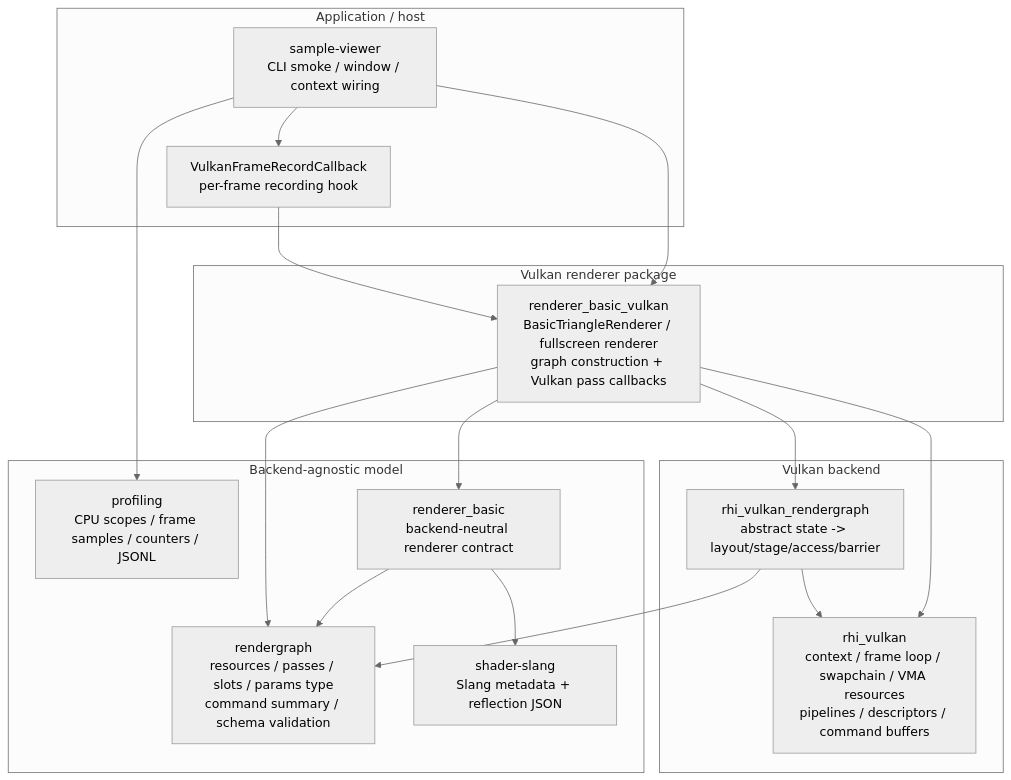
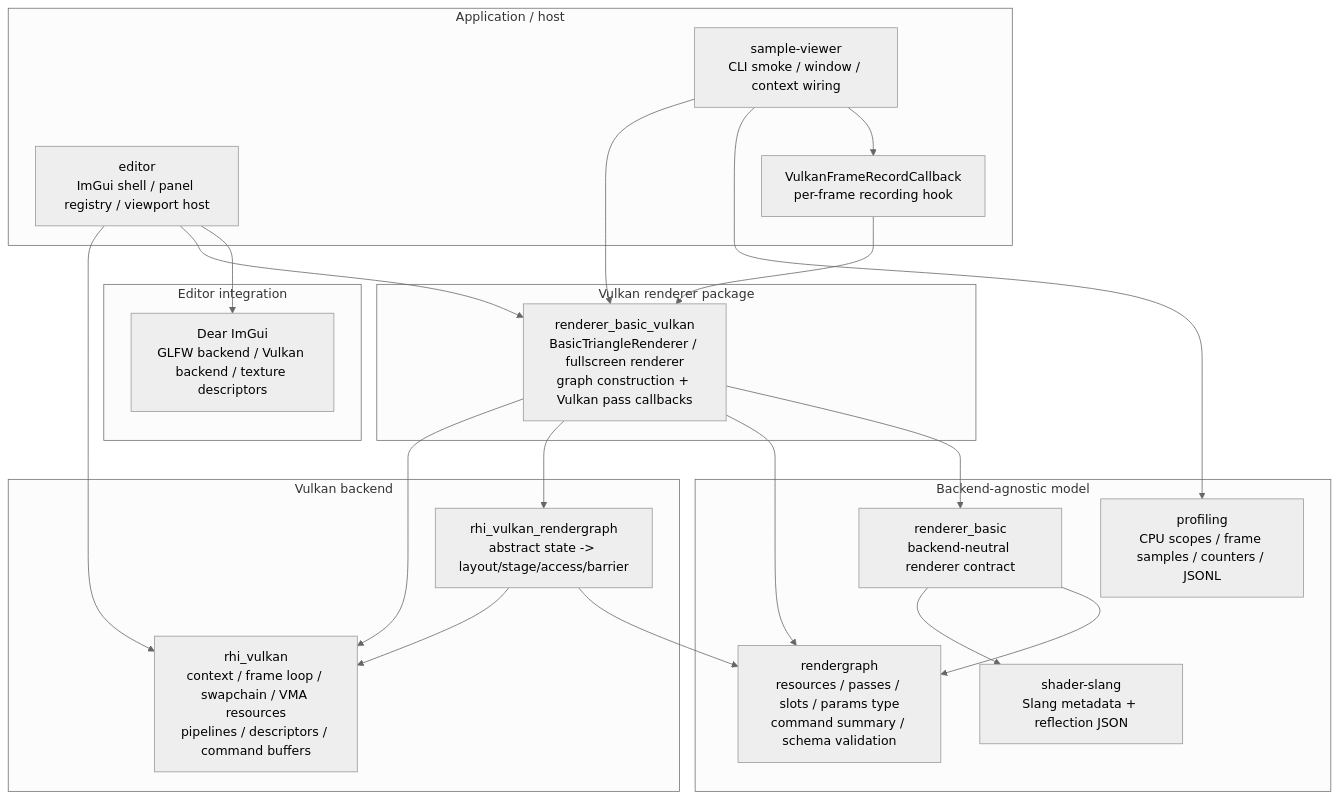
The second of 15 diagrams in docs/architecture/flow.md (66six11/Engine), drawn with Mermaid (neutral theme) before and after one commit. The commit also changed other lines of this file and 16 other files, not shown here.

````diff
--- a/docs/architecture/flow.md
+++ b/docs/architecture/flow.md
@@ -67,36 +79,44 @@
 ```mermaid
 flowchart TB
     subgraph AppLayer["Application / host"]
         SampleViewer["sample-viewer<br/>CLI smoke / window / context wiring"]
+        EditorHost["editor<br/>ImGui shell / panel registry / viewport host"]
         FrameCallback["VulkanFrameRecordCallback<br/>per-frame recording hook"]
     end
 
     subgraph AbstractLayer["Backend-agnostic model"]
         RenderGraph["rendergraph<br/>resources / passes / slots / params type<br/>command summary / schema validation"]
         Profiling["profiling<br/>CPU scopes / frame samples / counters / JSONL"]
         RendererBasic["renderer_basic<br/>backend-neutral renderer contract"]
         ShaderSlang["shader-slang<br/>Slang metadata + reflection JSON"]
     end
 
     subgraph VulkanRendererLayer["Vulkan renderer package"]
         RendererBasicVk["renderer_basic_vulkan<br/>BasicTriangleRenderer / fullscreen renderer<br/>graph construction + Vulkan pass callbacks"]
     end
 
     subgraph VulkanBackendLayer["Vulkan backend"]
         RhiVkRG["rhi_vulkan_rendergraph<br/>abstract state -> layout/stage/access/barrier"]
         RhiVk["rhi_vulkan<br/>context / frame loop / swapchain / VMA resources<br/>pipelines / descriptors / command buffers"]
     end
 
+    subgraph GuiLayer["Editor integration"]
+        ImGuiRuntime["Dear ImGui<br/>GLFW backend / Vulkan backend / texture descriptors"]
+    end
+
     SampleViewer --> FrameCallback
     SampleViewer --> Profiling
     SampleViewer --> RendererBasicVk
+    EditorHost --> ImGuiRuntime
+    EditorHost --> RendererBasicVk
+    EditorHost --> RhiVk
     RendererBasic --> RenderGraph
     RendererBasic --> ShaderSlang
     RendererBasicVk --> RendererBasic
     RendererBasicVk --> RenderGraph
     RendererBasicVk --> RhiVkRG
     RendererBasicVk --> RhiVk
     FrameCallback --> RendererBasicVk
     RhiVkRG --> RenderGraph
     RhiVkRG --> RhiVk
 ```
````
